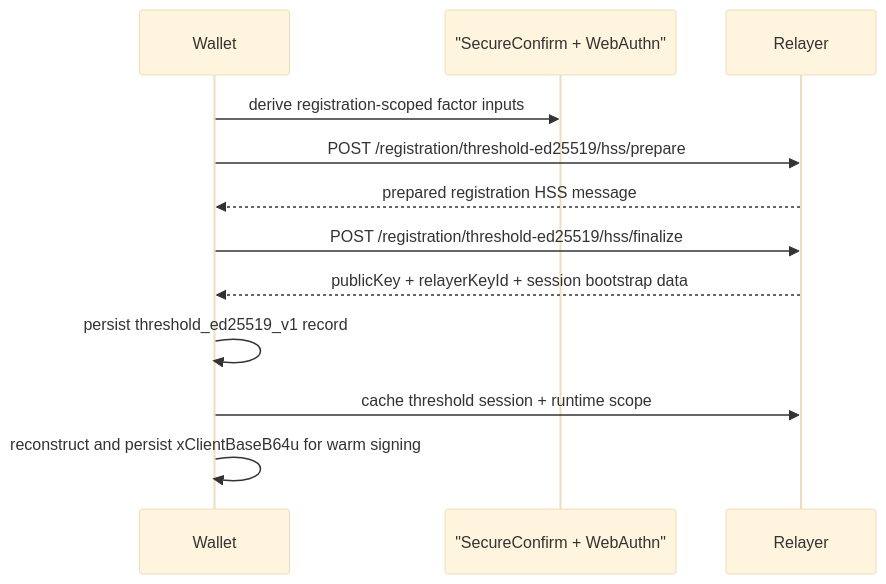
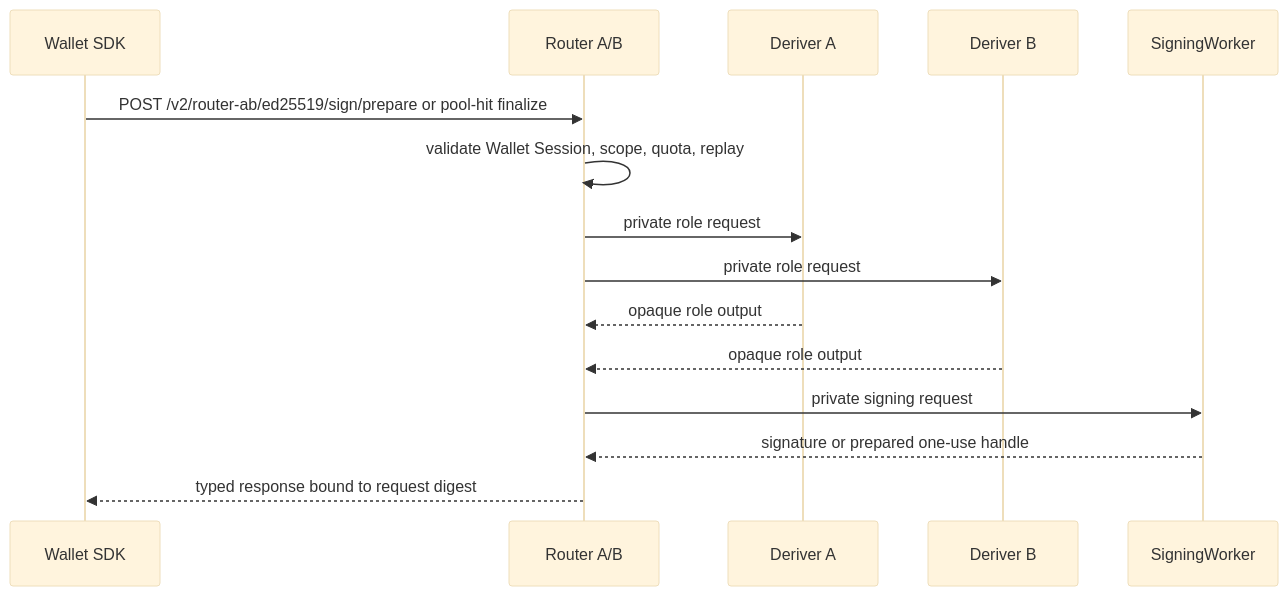
The diagram in apps/docs/src/concepts/threshold-signing.md (seams-tech/seams-sdk), drawn with Mermaid (base theme) before and after one commit. The commit also changed other lines of this file and 241 other files, not shown here.

Commit message:
feat(sdk): switch wallet signing to Router A/B sessions

````diff
--- a/apps/docs/src/concepts/threshold-signing.md
+++ b/apps/docs/src/concepts/threshold-signing.md
@@ -57,15 +22,18 @@
 ```mermaid
 sequenceDiagram
-  participant App as Wallet
-  participant Secure as "SecureConfirm + WebAuthn"
-  participant Relay as Relayer
+  participant App as Wallet SDK
+  participant Router as Router A/B
+  participant DeriverA as Deriver A
+  participant DeriverB as Deriver B
+  participant SigningWorker as SigningWorker
 
-  App->>Secure: derive registration-scoped factor inputs
-  App->>Relay: POST /registration/threshold-ed25519/hss/prepare
-  Relay-->>App: prepared registration HSS message
-  App->>Relay: POST /registration/threshold-ed25519/hss/finalize
-  Relay-->>App: publicKey + relayerKeyId + session bootstrap data
-  App->>App: persist threshold_ed25519_v1 record
-  App->>Relay: cache threshold session + runtime scope
-  App->>App: reconstruct and persist xClientBaseB64u for warm signing
+  App->>Router: POST /v2/router-ab/ed25519/sign/prepare or pool-hit finalize
+  Router->>Router: validate Wallet Session, scope, quota, replay
+  Router->>DeriverA: private role request
+  Router->>DeriverB: private role request
+  DeriverA-->>Router: opaque role output
+  DeriverB-->>Router: opaque role output
+  Router->>SigningWorker: private signing request
+  SigningWorker-->>Router: signature or prepared one-use handle
+  Router-->>App: typed response bound to request digest
 ```
````
